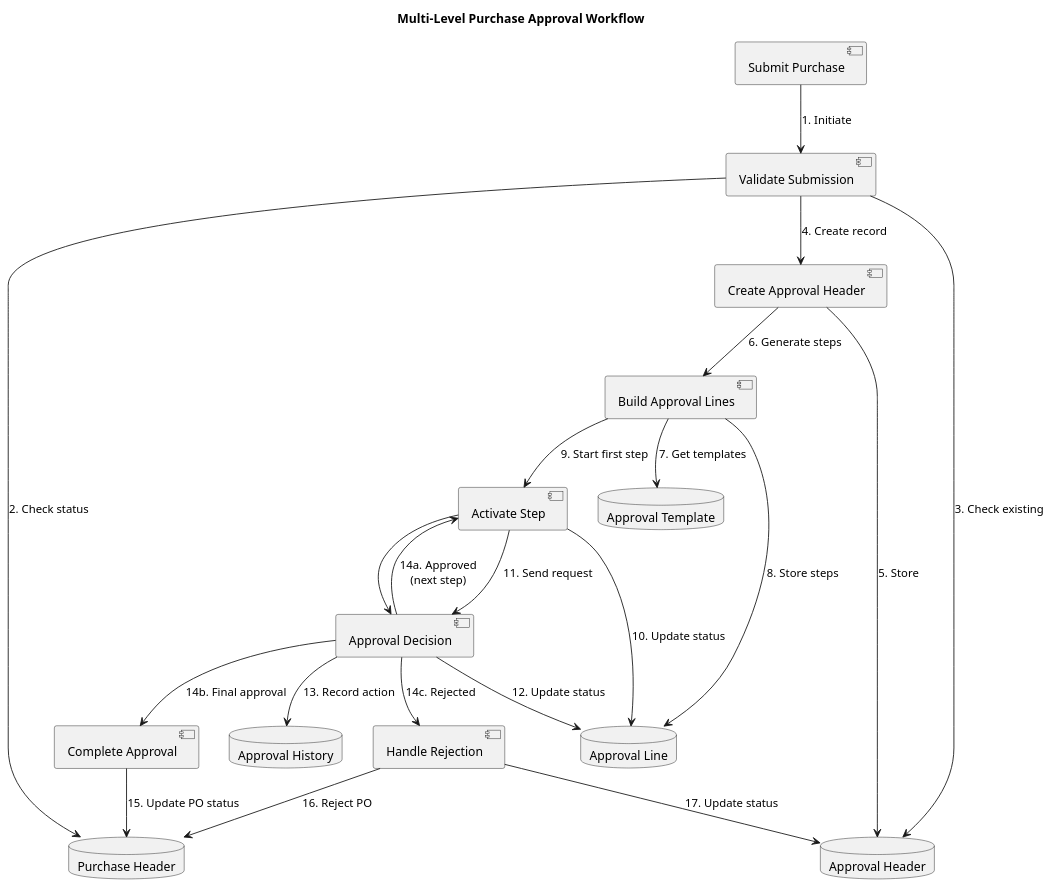
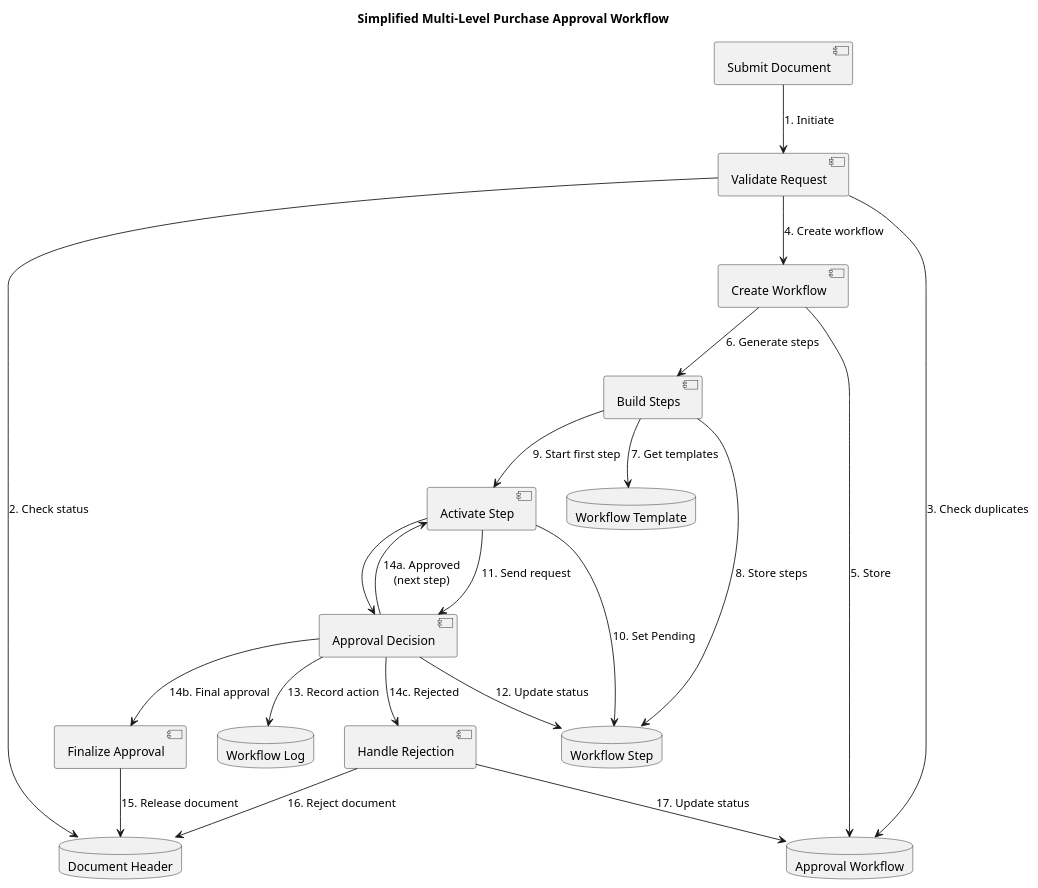
One commit to Salem-Sayarh/Approval_Extension changed the diagram in Documentation/UML/Workflow.wsd. Above: the diagram before and after it, drawn with PlantUML. The commit also changed 8 other files, not shown here.

```diff
--- a/Documentation/UML/Workflow.wsd
+++ b/Documentation/UML/Workflow.wsd
@@ -1,48 +1,48 @@
 @startuml Purchase Approval Workflow
 
-title Multi-Level Purchase Approval Workflow
+title Simplified Multi-Level Purchase Approval Workflow
 
-component "Submit Purchase" as submit
-component "Validate Submission" as validate
-component "Create Approval Header" as create_header
-component "Build Approval Lines" as build_lines
+component "Submit Document" as submit
+component "Validate Request" as validate
+component "Create Workflow" as create_workflow
+component "Build Steps" as build_steps
 component "Activate Step" as activate_step
 component "Approval Decision" as approval_decision
-component "Complete Approval" as complete_approval
+component "Finalize Approval" as finalize_approval
 component "Handle Rejection" as handle_rejection
 
-database "Purchase Header" as purchase_db
-database "Approval Template" as template_db
-database "Approval Header" as header_db
-database "Approval Line" as line_db
-database "Approval History" as history_db
+database "Document Header" as doc_db
+database "Workflow Template" as template_db
+database "Approval Workflow" as workflow_db
+database "Workflow Step" as step_db
+database "Workflow Log" as log_db
 
 submit --> validate : "1. Initiate"
-validate --> purchase_db : "2. Check status"
-validate --> header_db : "3. Check existing"
+validate --> doc_db : "2. Check status"
+validate --> workflow_db : "3. Check duplicates"
 
-validate --> create_header : "4. Create record"
-create_header --> header_db : "5. Store"
+validate --> create_workflow : "4. Create workflow"
+create_workflow --> workflow_db : "5. Store"
 
-create_header --> build_lines : "6. Generate steps"
-build_lines --> template_db : "7. Get templates"
-build_lines --> line_db : "8. Store steps"
+create_workflow --> build_steps : "6. Generate steps"
+build_steps --> template_db : "7. Get templates"
+build_steps --> step_db : "8. Store steps"
 
-build_lines --> activate_step : "9. Start first step"
-activate_step --> line_db : "10. Update status"
+build_steps --> activate_step : "9. Start first step"
+activate_step --> step_db : "10. Set Pending"
 activate_step --> approval_decision : "11. Send request"
 
-approval_decision --> line_db : "12. Update status"
-approval_decision --> history_db : "13. Record action"
+approval_decision --> step_db : "12. Update status"
+approval_decision --> log_db : "13. Record action"
 
 approval_decision --> activate_step : "14a. Approved\n(next step)" 
 activate_step --> approval_decision
 
-approval_decision --> complete_approval : "14b. Final approval"
-complete_approval --> purchase_db : "15. Update PO status"
+approval_decision --> finalize_approval : "14b. Final approval"
+finalize_approval --> doc_db : "15. Release document"
 
 approval_decision --> handle_rejection : "14c. Rejected"
-handle_rejection --> purchase_db : "16. Reject PO"
-handle_rejection --> header_db : "17. Update status"
+handle_rejection --> doc_db : "16. Reject document"
+handle_rejection --> workflow_db : "17. Update status"
 
 @enduml
```
